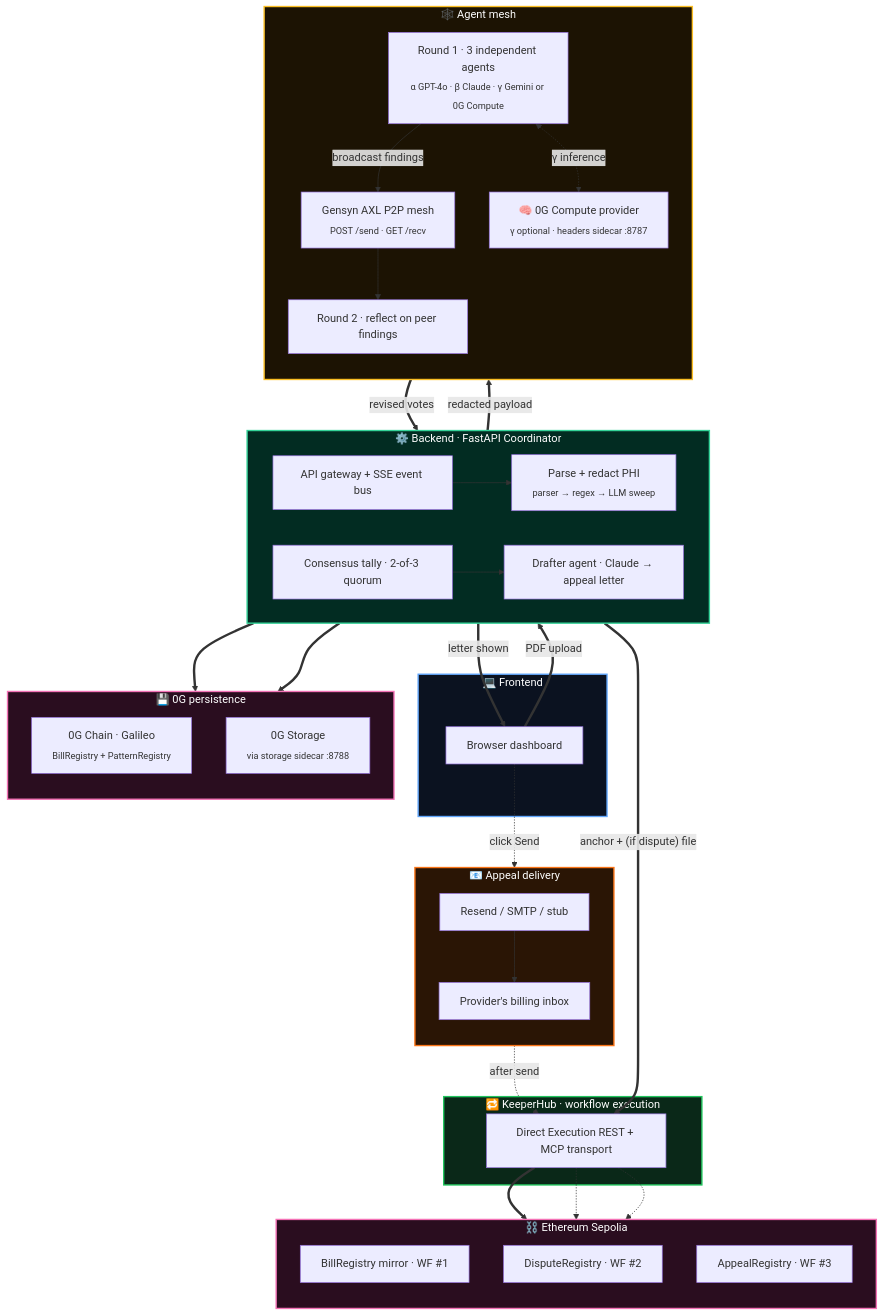
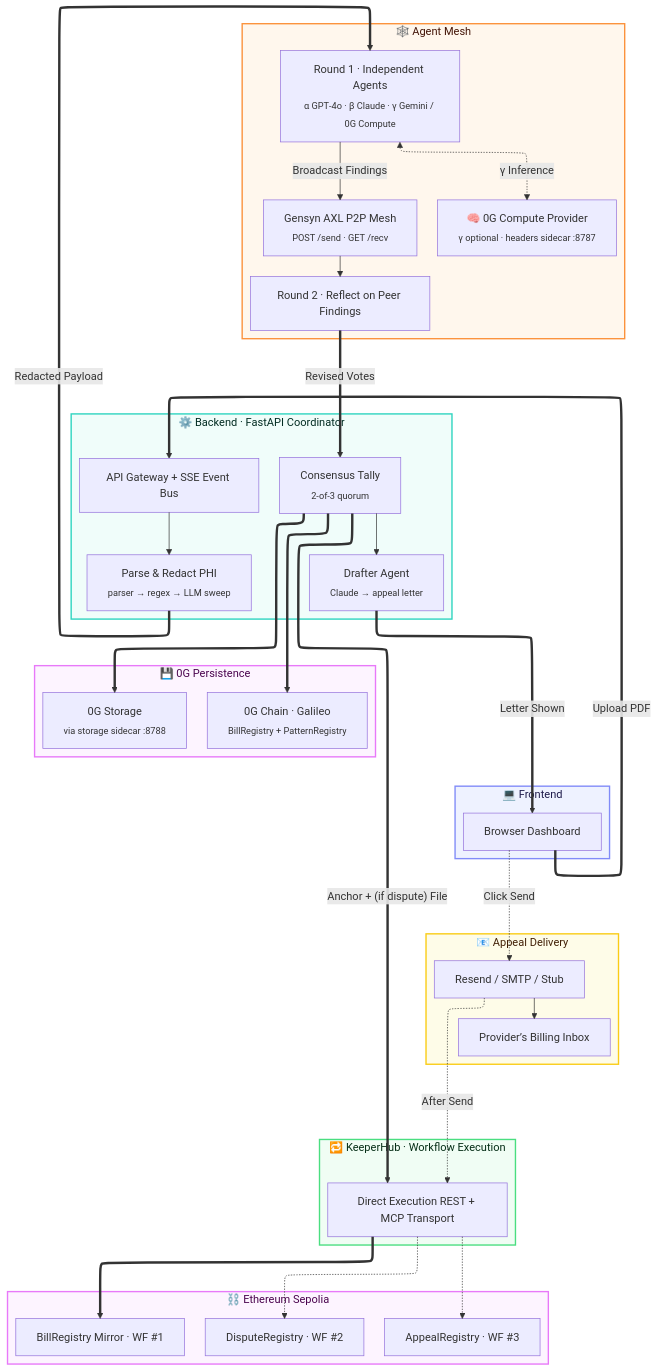
The diagram in README.md (jhatch3/lethe-), drawn with Mermaid before and after one commit.

Commit message:
Update architecture diagram in README.md

````diff
--- a/README.md
+++ b/README.md
@@ -98,82 +98,90 @@
 ```mermaid
+---
+config:
+  layout: elk
+---
 flowchart TB
+    %% === Subgraph: Frontend ===
     subgraph FE["💻 Frontend"]
-        User["Browser dashboard"]
+        User["Browser Dashboard"]
     end
 
+    %% === Subgraph: Backend ===
     subgraph BE["⚙️ Backend · FastAPI Coordinator"]
         direction LR
-        API["API gateway + SSE event bus"]
-        Parse["Parse + redact PHI<br/><sub>parser → regex → LLM sweep</sub>"]
-        Tally["Consensus tally · 2-of-3 quorum"]
-        Drafter["Drafter agent · Claude → appeal letter"]
-        API --> Parse
-        Tally --> Drafter
+        API["API Gateway + SSE Event Bus"]
+        Parse["Parse & Redact PHI<br><sub>parser → regex → LLM sweep</sub>"]
+        Tally["Consensus Tally<br><sub>2‑of‑3 quorum</sub>"]
+        Drafter["Drafter Agent<br><sub>Claude → appeal letter</sub>"]
     end
 
-    subgraph Mesh["🕸️ Agent mesh"]
+    %% === Subgraph: Agent Mesh ===
+    subgraph Mesh["🕸️ Agent Mesh"]
         direction TB
-        Round1["Round 1 · 3 independent agents<br/><sub>α GPT-4o · β Claude · γ Gemini or 0G Compute</sub>"]
-        AXL["Gensyn AXL P2P mesh<br/><sub>POST /send · GET /recv</sub>"]
-        Round2["Round 2 · reflect on peer findings"]
-        ZGC["🧠 0G Compute provider<br/><sub>γ optional · headers sidecar :8787</sub>"]
-        Round1 -->|broadcast findings| AXL --> Round2
-        Round1 <-.->|γ inference| ZGC
+        Round1["Round 1 · Independent Agents<br><sub>α GPT‑4o · β Claude · γ Gemini / 0G Compute</sub>"]
+        AXL["Gensyn AXL P2P Mesh<br><sub>POST /send · GET /recv</sub>"]
+        Round2["Round 2 · Reflect on Peer Findings"]
+        ZGC["🧠 0G Compute Provider<br><sub>γ optional · headers sidecar :8787</sub>"]
     end
 
-    subgraph Persist["💾 0G persistence"]
+    %% === Subgraph: Persistence ===
+    subgraph Persist["💾 0G Persistence"]
         direction TB
-        ZGChain["0G Chain · Galileo<br/><sub>BillRegistry + PatternRegistry</sub>"]
-        ZGStorage["0G Storage<br/><sub>via storage sidecar :8788</sub>"]
+        ZGChain["0G Chain · Galileo<br><sub>BillRegistry + PatternRegistry</sub>"]
+        ZGStorage["0G Storage<br><sub>via storage sidecar :8788</sub>"]
     end
 
-    subgraph Exec["🔁 KeeperHub · workflow execution"]
-        KH["Direct Execution REST + MCP transport"]
+    %% === Subgraph: Execution Layer ===
+    subgraph Exec["🔁 KeeperHub · Workflow Execution"]
+        KH["Direct Execution REST + MCP Transport"]
     end
 
+    %% === Subgraph: Ethereum ===
     subgraph Sep["⛓️ Ethereum Sepolia"]
         direction TB
-        SepMirror["BillRegistry mirror · WF #1"]
+        SepMirror["BillRegistry Mirror · WF #1"]
         SepDispute["DisputeRegistry · WF #2"]
         SepAppeal["AppealRegistry · WF #3"]
     end
 
-    subgraph Mail["📧 Appeal delivery"]
+    %% === Subgraph: Mail ===
+    subgraph Mail["📧 Appeal Delivery"]
         direction TB
-        Email["Resend / SMTP / stub"]
-        Provider["Provider's billing inbox"]
-        Email --> Provider
+        Email["Resend / SMTP / Stub"]
+        Provider@{ label: "Provider’s Billing Inbox", shape: rect }
     end
 
-    %% === Main pipeline: spine of data flow ===
-    User ==>|PDF upload| API
-    Parse ==>|redacted payload| Round1
-    Round2 ==>|revised votes| Tally
-    Drafter ==>|letter shown| User
+    %% === Relationships ===
+    User == Upload PDF ==> API
+    API --> Parse
+    Parse == Redacted Payload ==> Round1
+    Round1 -- Broadcast Findings --> AXL
+    AXL --> Round2
+    Round1 <-. γ Inference .-> ZGC
+    Round2 == Revised Votes ==> Tally
+    Tally --> Drafter
+    Drafter == Letter Shown ==> User
+    Tally ==> ZGChain & ZGStorage
+    Tally == Anchor + (if dispute) File ==> KH
+    KH ==> SepMirror
+    KH -.-> SepDispute & SepAppeal
+    User -. Click Send .-> Email
+    Email --> Provider
+    Email -. After Send .-> KH
 
-    %% === Persistence fan-out from Tally (single edge per destination) ===
-    Tally ==> ZGChain
-    Tally ==> ZGStorage
-    Tally ==>|"anchor + (if dispute) file"| KH
-    KH ==> SepMirror
-    KH -.-> SepDispute
-
-    %% === User-initiated appeal send ===
-    User -.->|click Send| Email
-    Email -.->|after send| KH
-    KH -.-> SepAppeal
-
-    classDef tierFE      fill:#0b1220,stroke:#60a5fa,stroke-width:2px,color:#fff
-    classDef tierBE      fill:#022c22,stroke:#34d399,stroke-width:2px,color:#fff
-    classDef tierMesh    fill:#1c1303,stroke:#fbbf24,stroke-width:2px,color:#fff
-    classDef tierChain   fill:#2a0d1f,stroke:#f472b6,stroke-width:2px,color:#fff
-    classDef tierExec    fill:#0a2818,stroke:#22c55e,stroke-width:2px,color:#fff
-    classDef tierMail    fill:#2a1505,stroke:#f97316,stroke-width:2px,color:#fff
-
+    %% === Styling ===
     class FE tierFE
     class BE tierBE
     class Mesh tierMesh
-    class Persist,Sep tierChain
+    class Persist tierChain
     class Exec tierExec
+    class Sep tierChain
     class Mail tierMail
+
+    classDef tierFE      fill:#eef2ff,stroke:#818cf8,stroke-width:2px,color:#1e1b4b
+    classDef tierBE      fill:#f0fdfa,stroke:#2dd4bf,stroke-width:2px,color:#022c22
+    classDef tierMesh    fill:#fff7ed,stroke:#fb923c,stroke-width:2px,color:#431407
+    classDef tierChain   fill:#fdf4ff,stroke:#e879f9,stroke-width:2px,color:#4a044e
+    classDef tierExec    fill:#f0fdf4,stroke:#4ade80,stroke-width:2px,color:#052e16
+    classDef tierMail    fill:#fefce8,stroke:#facc15,stroke-width:2px,color:#422006
 ```
````
